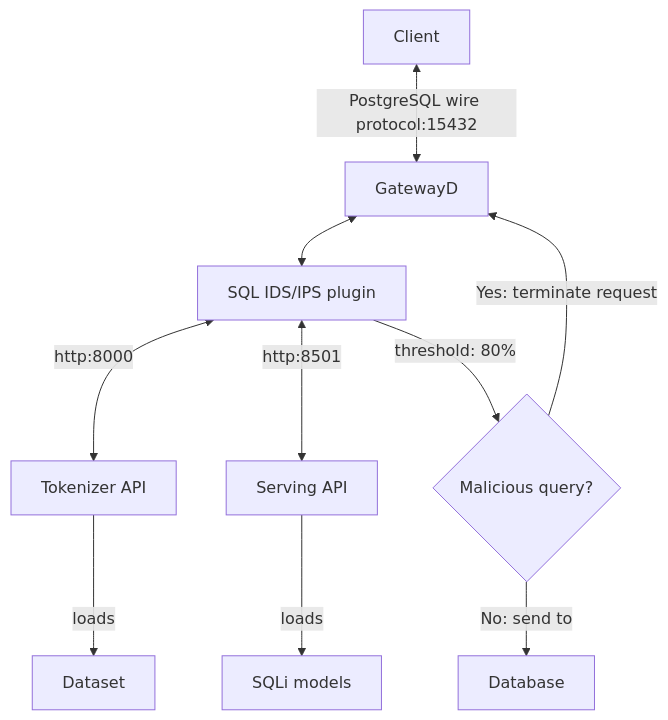
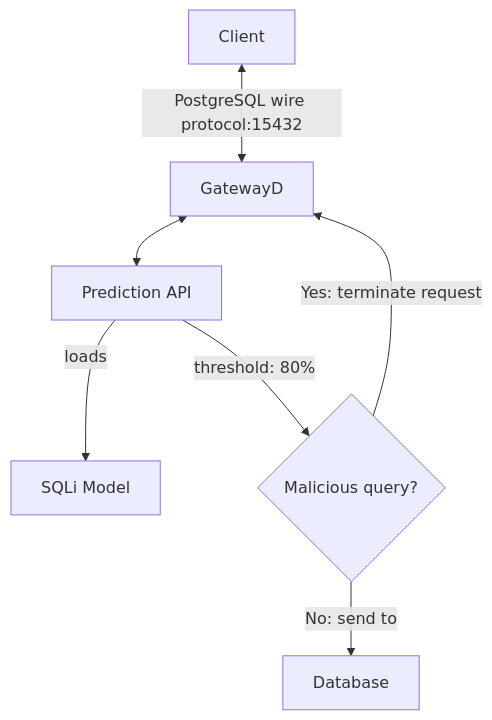
The diagram in README.md (gatewayd-io/DeepSQLi), drawn with Mermaid before and after one commit. The commit also changed other lines of this file and 2 other files, not shown here.

````diff
--- a/README.md
+++ b/README.md
@@ -11,12 +15,9 @@
 ```mermaid
 flowchart TD
     Client <-- PostgreSQL wire protocol:15432 --> GatewayD
-    GatewayD <--> Sq["SQL IDS/IPS plugin"]
-    Sq <-- http:8000 --> T["Tokenizer API"]
-    Sq <-- http:8501 --> S["Serving API"]
-    S -- loads --> SM["SQLi models"]
-    T -- loads --> Dataset
-    Sq -- threshold: 80% --> D{Malicious query?}
+    GatewayD <--> P["Prediction API"]
+    P --loads--> SM["SQLi Model"]
+    P --threshold: 80% --> D{Malicious query?}
     D -->|No: send to| Database
     D -->|Yes: terminate request| GatewayD
 ```
````
